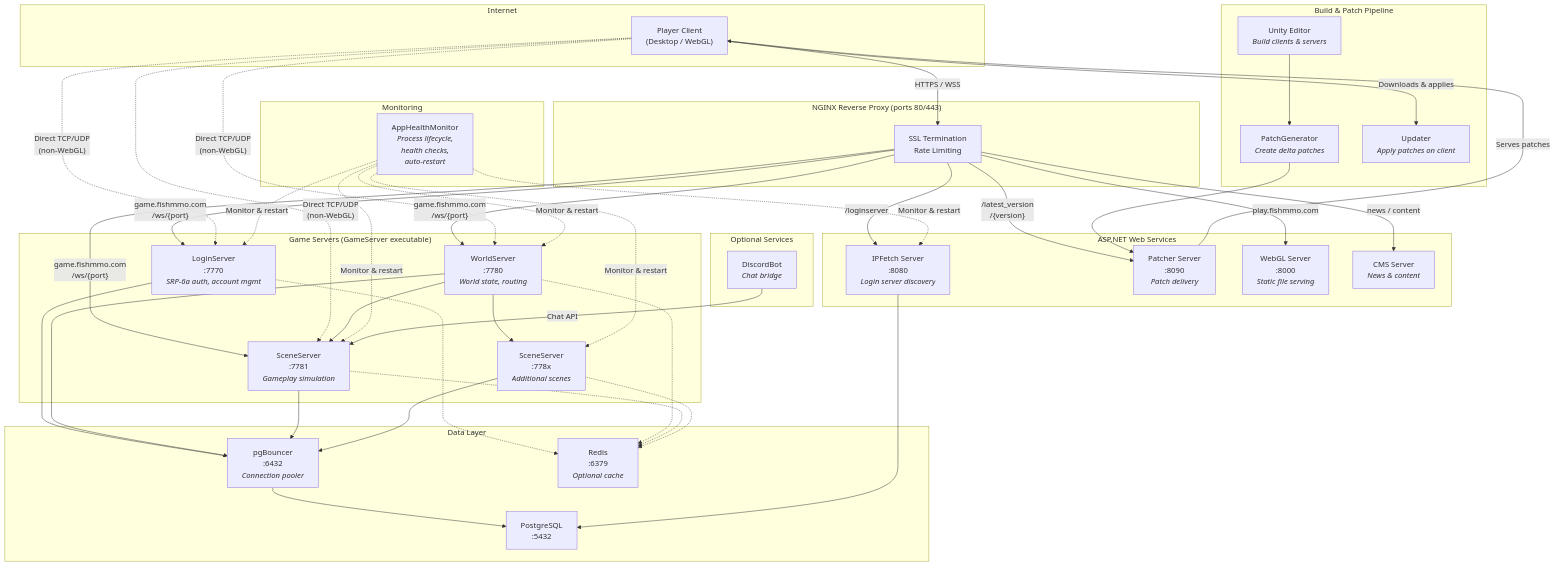
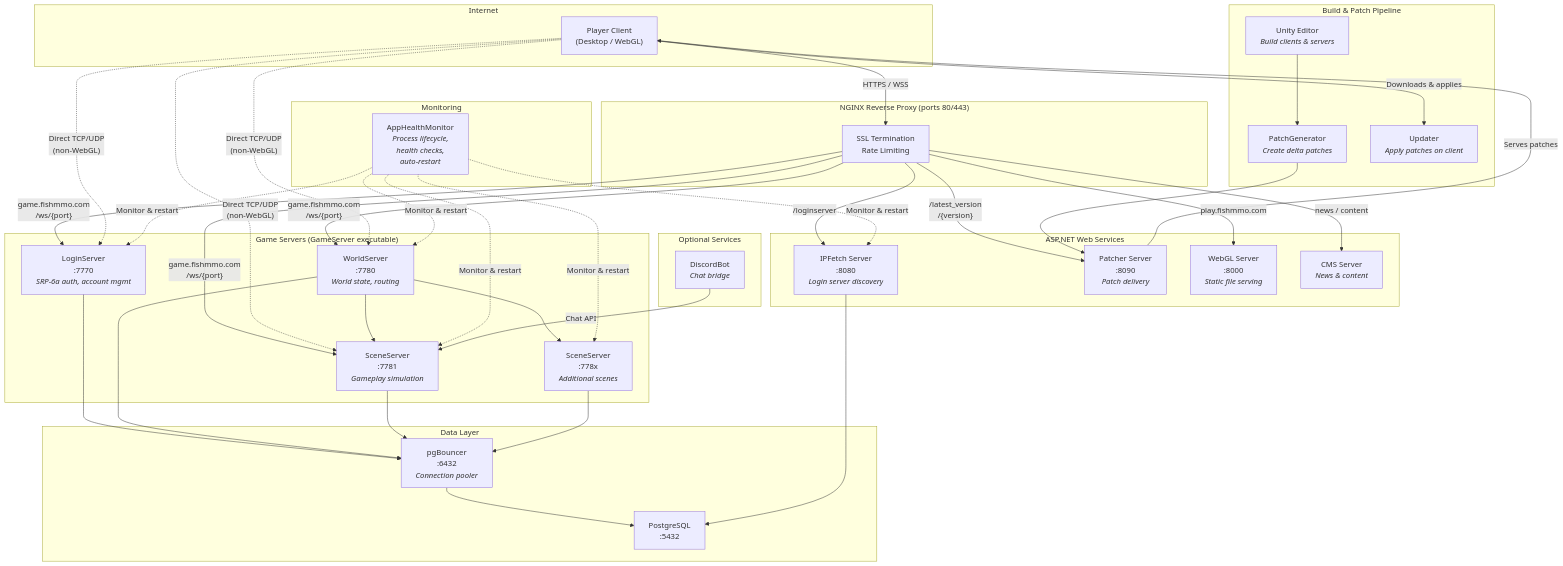
One commit to jimdroberts/FishMMO changed the diagram in README.md. Above: the diagram before and after it, drawn with Mermaid. The commit also changed other lines of this file and 20 other files, not shown here.

```diff
--- a/README.md
+++ b/README.md
@@ -1457,7 +1255,6 @@
     subgraph DataLayer["Data Layer"]
         PgBouncer["pgBouncer<br/>:6432<br/><i>Connection pooler</i>"]
         PostgreSQL["PostgreSQL<br/>:5432"]
-        Redis["Redis<br/>:6379<br/><i>Optional cache</i>"]
     end
 
     subgraph Monitoring["Monitoring"]
@@ -1493,10 +1290,6 @@
     SceneN --> PgBouncer
     PgBouncer --> PostgreSQL
 
-    Login -.-> Redis
-    World -.-> Redis
-    Scene1 -.-> Redis
-    SceneN -.-> Redis
 
     IPFetch --> PostgreSQL
     World --> Scene1
```
